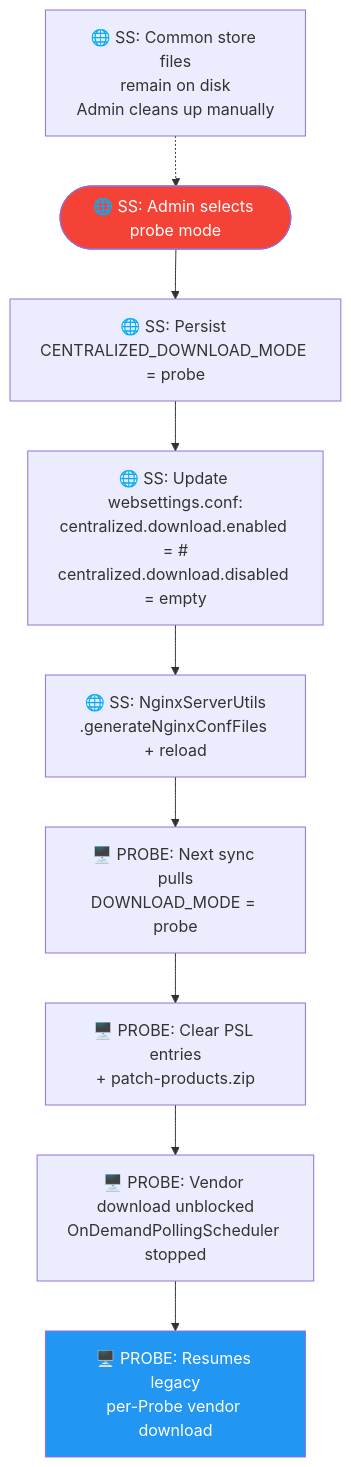
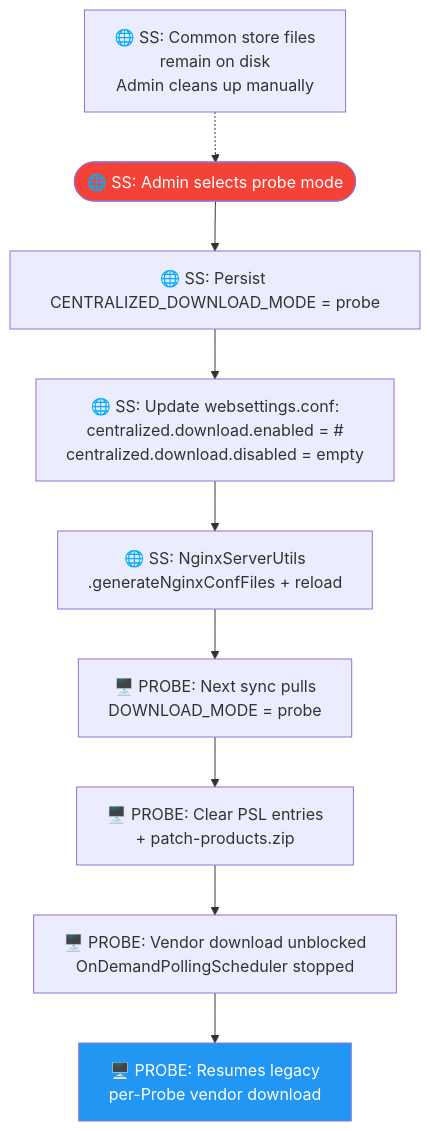
One commit to ranjithkumar-a-23525/RebaseEx changed diagram 14 of 31 in use-case-diagrams.md. Above: the diagram before and after it, drawn with Mermaid. The commit also changed other lines of this file, not shown here.

````diff
--- a/use-case-diagrams.md
+++ b/use-case-diagrams.md
@@ -306,15 +319,16 @@
 ```mermaid
+%%{init: {'flowchart': {'wrappingWidth': 350, 'nodeSpacing': 30, 'rankSpacing': 50}} }%%
 flowchart TD
     A(["🌐 SS: Admin selects probe mode"]) --> B["🌐 SS: Persist CENTRALIZED_DOWNLOAD_MODE = probe"]
     B --> C["🌐 SS: Update websettings.conf:<br/>centralized.download.enabled = #<br/>centralized.download.disabled = empty"]
     C --> D["🌐 SS: NginxServerUtils<br/>.generateNginxConfFiles + reload"]
     D --> E["🖥️ PROBE: Next sync pulls<br/>DOWNLOAD_MODE = probe"]
     E --> F["🖥️ PROBE: Clear PSL entries<br/>+ patch-products.zip"]
     F --> G["🖥️ PROBE: Vendor download unblocked<br/>OnDemandPollingScheduler stopped"]
     G --> H["🖥️ PROBE: Resumes legacy<br/>per-Probe vendor download"]
 
     I["🌐 SS: Common store files<br/>remain on disk<br/>Admin cleans up manually"] -.-> A
 
     style A fill:#f44336,color:#fff
     style H fill:#2196F3,color:#fff
 ```
````
